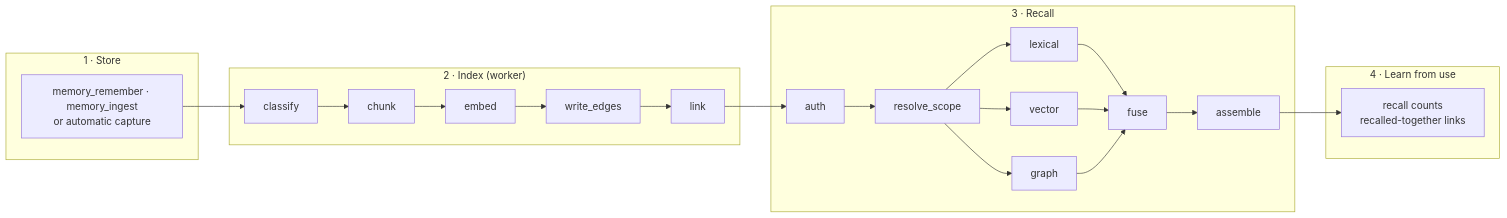
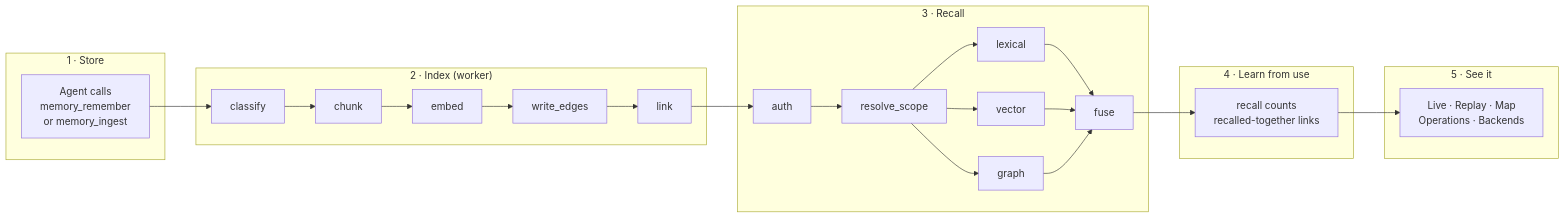
Before and after one commit to JIGGAI/albert: the first of 2 diagrams in README.md, drawn with Mermaid. The commit also changed other lines of this file, not shown here.

````diff
--- a/README.md
+++ b/README.md
@@ -130,25 +48,27 @@
 ```mermaid
 flowchart LR
     subgraph S1["1 · Store"]
-        A["memory_remember · memory_ingest<br/>or automatic capture"]
+        A["Agent calls<br/>memory_remember<br/>or memory_ingest"]
     end
     subgraph S2["2 · Index (worker)"]
         B[classify] --> C[chunk] --> D[embed] --> E[write_edges] --> F[link]
     end
     subgraph S3["3 · Recall"]
         G[auth] --> H[resolve_scope]
         H --> I[lexical]
         H --> J[vector]
         H --> K[graph]
         I --> L[fuse]
         J --> L
         K --> L
-        L --> P[assemble]
     end
     subgraph S4["4 · Learn from use"]
         M["recall counts<br/>recalled-together links"]
     end
+    subgraph S5["5 · See it"]
+        N["Live · Replay · Map<br/>Operations · Backends"]
+    end
     A --> B
     F --> G
-    P --> M
+    L --> M --> N
 ```
````
